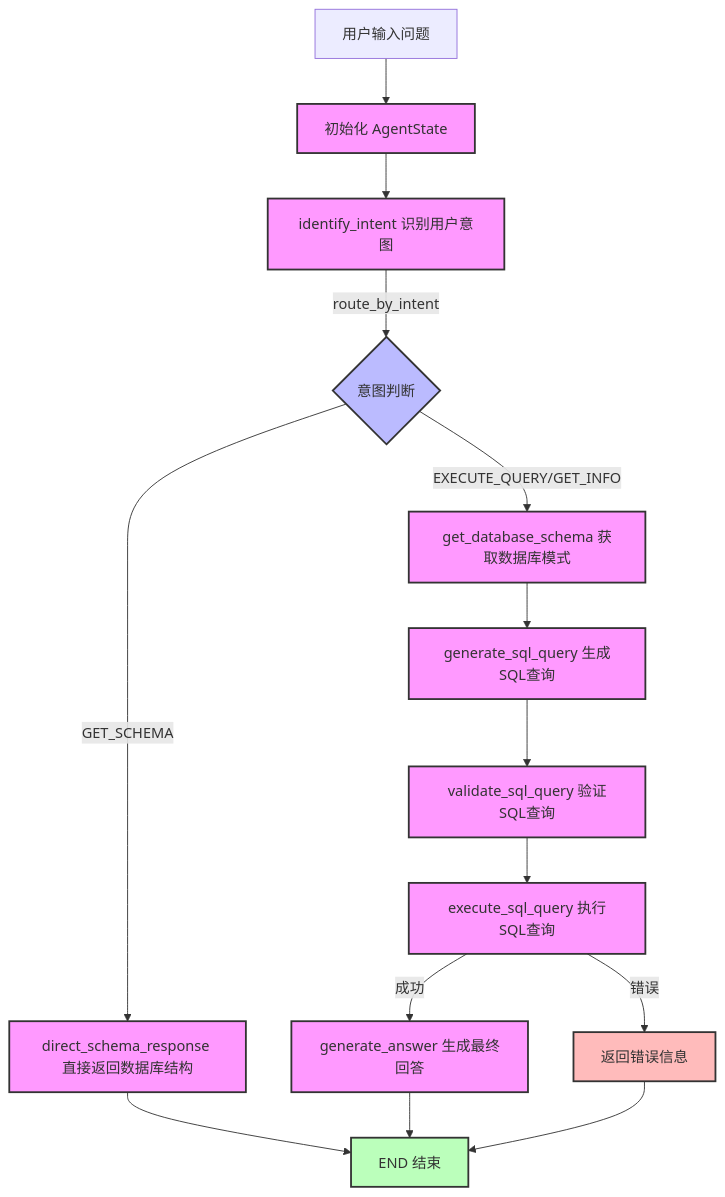
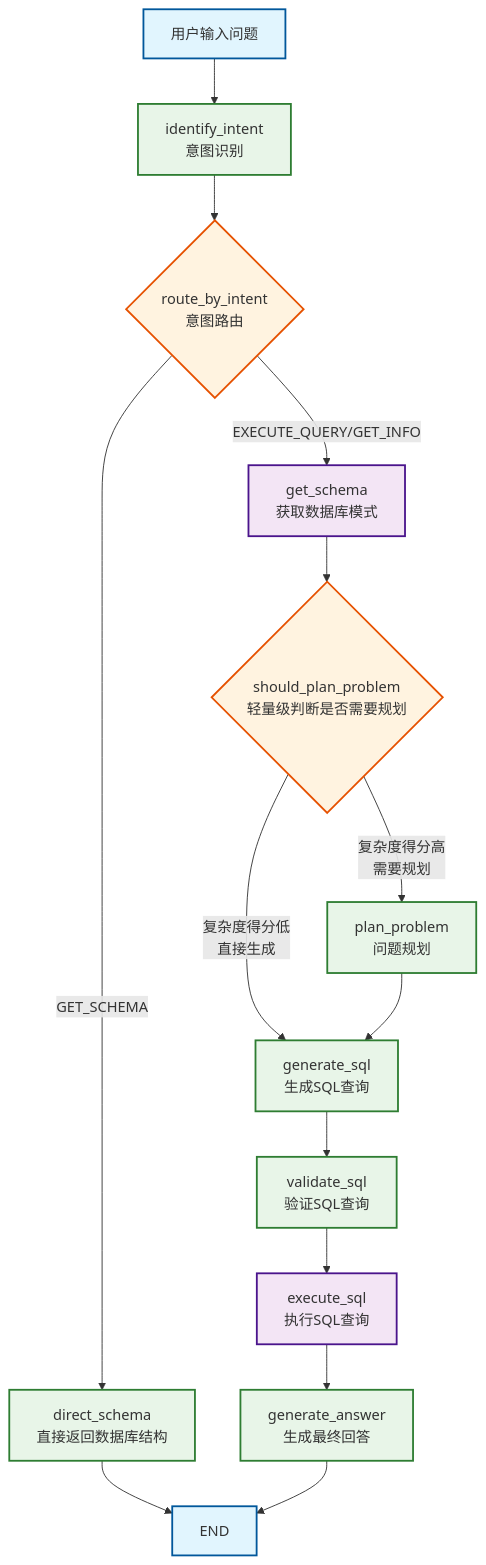
Before and after one commit to zhangzihaoDT/SQL-Agent-with-DeepSeek: the diagram in intro.md, drawn with Mermaid. The commit also changed other lines of this file and 3 other files, not shown here.

Commit message:
加强意图识别,具备问题规划能力;数据库在初始化后缓存

````diff
--- a/intro.md
+++ b/intro.md
@@ -16,31 +16,32 @@
 ```mermaid
-graph TD
-    A[用户输入问题] --> B[初始化 AgentState]
-    B --> C[identify_intent 识别用户意图]
+flowchart TD
+    A[用户输入问题] --> B[identify_intent<br/>意图识别]
+    B --> C{route_by_intent<br/>意图路由}
     
-    C -->|route_by_intent| D{意图判断}
-    D -->|GET_SCHEMA| E[direct_schema_response 直接返回数据库结构]
-    D -->|EXECUTE_QUERY/GET_INFO| F[get_database_schema 获取数据库模式]
+    C -->|GET_SCHEMA| D[direct_schema<br/>直接返回数据库结构]
+    C -->|EXECUTE_QUERY/GET_INFO| E[get_schema<br/>获取数据库模式]
     
-    F --> G[generate_sql_query 生成SQL查询]
-    G --> H[validate_sql_query 验证SQL查询]
-    H --> I[execute_sql_query 执行SQL查询]
+    E --> F{should_plan_problem<br/>轻量级判断是否需要规划}
     
-    I -->|成功| J[generate_answer 生成最终回答]
-    I -->|错误| K[返回错误信息]
+    F -->|复杂度得分低<br/>直接生成| G[generate_sql<br/>生成SQL查询]
+    F -->|复杂度得分高<br/>需要规划| H[plan_problem<br/>问题规划]
     
-    E --> L[END 结束]
-    J --> L
+    H --> G
+    G --> I[validate_sql<br/>验证SQL查询]
+    I --> J[execute_sql<br/>执行SQL查询]
+    J --> K[generate_answer<br/>生成最终回答]
+    
+    D --> L[END]
     K --> L
     
-    %% 状态定义
-    classDef state fill:#f9f,stroke:#333,stroke-width:2px;
-    classDef decision fill:#bbf,stroke:#333,stroke-width:2px;
-    classDef endpoint fill:#bfb,stroke:#333,stroke-width:2px;
-    classDef error fill:#fbb,stroke:#333,stroke-width:2px;
+    %% 样式定义
+    classDef startEnd fill:#e1f5fe,stroke:#01579b,stroke-width:2px
+    classDef process fill:#f3e5f5,stroke:#4a148c,stroke-width:2px
+    classDef decision fill:#fff3e0,stroke:#e65100,stroke-width:2px
+    classDef llmNode fill:#e8f5e8,stroke:#2e7d32,stroke-width:2px
     
-    class B,C,E,F,G,H,I,J state;
-    class D decision;
-    class L endpoint;
-    class K error;
+    class A,L startEnd
+    class B,E,G,H,I,J,K,D process
+    class C,F decision
+    class B,H,G,I,K,D llmNode
 ```
````
